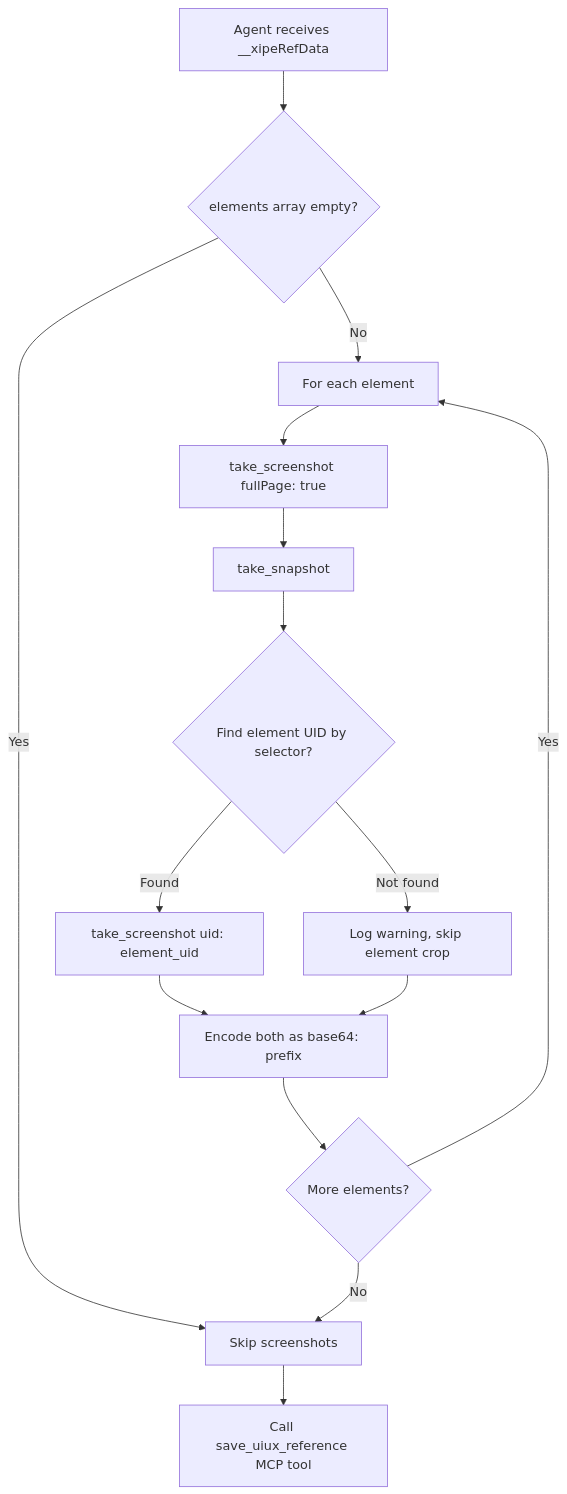
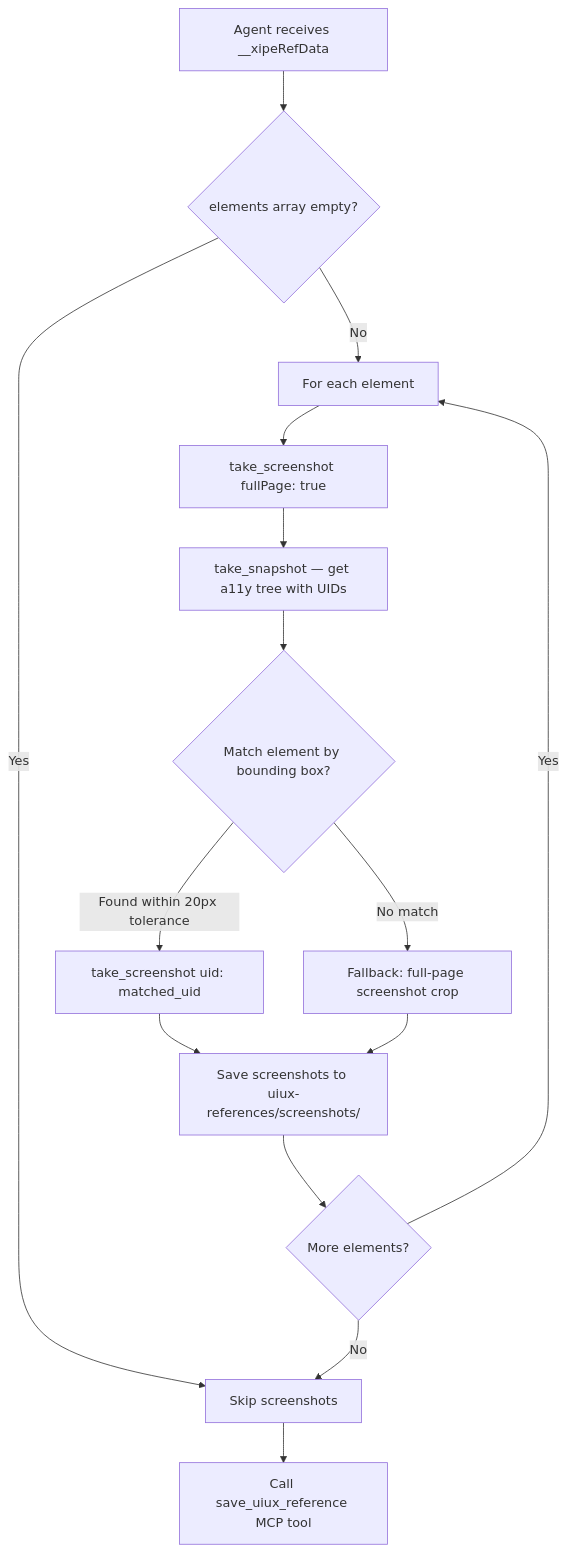
The fourth of 4 diagrams in x-ipe-docs/requirements/FEATURE-030-B/technical-design.md (Young-Z/X-IPE), drawn with Mermaid before and after one commit. The commit also changed other lines of this file and 13 other files, not shown here.

````diff
--- a/x-ipe-docs/requirements/FEATURE-030-B/technical-design.md
+++ b/x-ipe-docs/requirements/FEATURE-030-B/technical-design.md
@@ -763,17 +967,17 @@
 ```mermaid
 flowchart TD
     A[Agent receives __xipeRefData] --> B{elements array empty?}
     B -->|Yes| F[Skip screenshots]
     B -->|No| C[For each element]
     C --> D1[take_screenshot fullPage: true]
-    D1 --> D2[take_snapshot]
-    D2 --> D3{Find element UID by selector?}
-    D3 -->|Found| D4[take_screenshot uid: element_uid]
-    D3 -->|Not found| D5[Log warning, skip element crop]
-    D4 --> D6[Encode both as base64: prefix]
+    D1 --> D2[take_snapshot — get a11y tree with UIDs]
+    D2 --> D3{Match element by bounding box?}
+    D3 -->|Found within 20px tolerance| D4[take_screenshot uid: matched_uid]
+    D3 -->|No match| D5[Fallback: full-page screenshot crop]
+    D4 --> D6[Save screenshots to uiux-references/screenshots/]
     D5 --> D6
     D6 --> D7{More elements?}
     D7 -->|Yes| C
     D7 -->|No| F
     F --> G[Call save_uiux_reference MCP tool]
 ```
````
